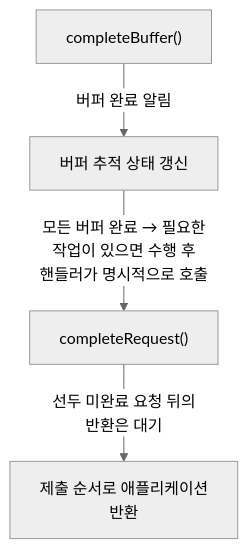
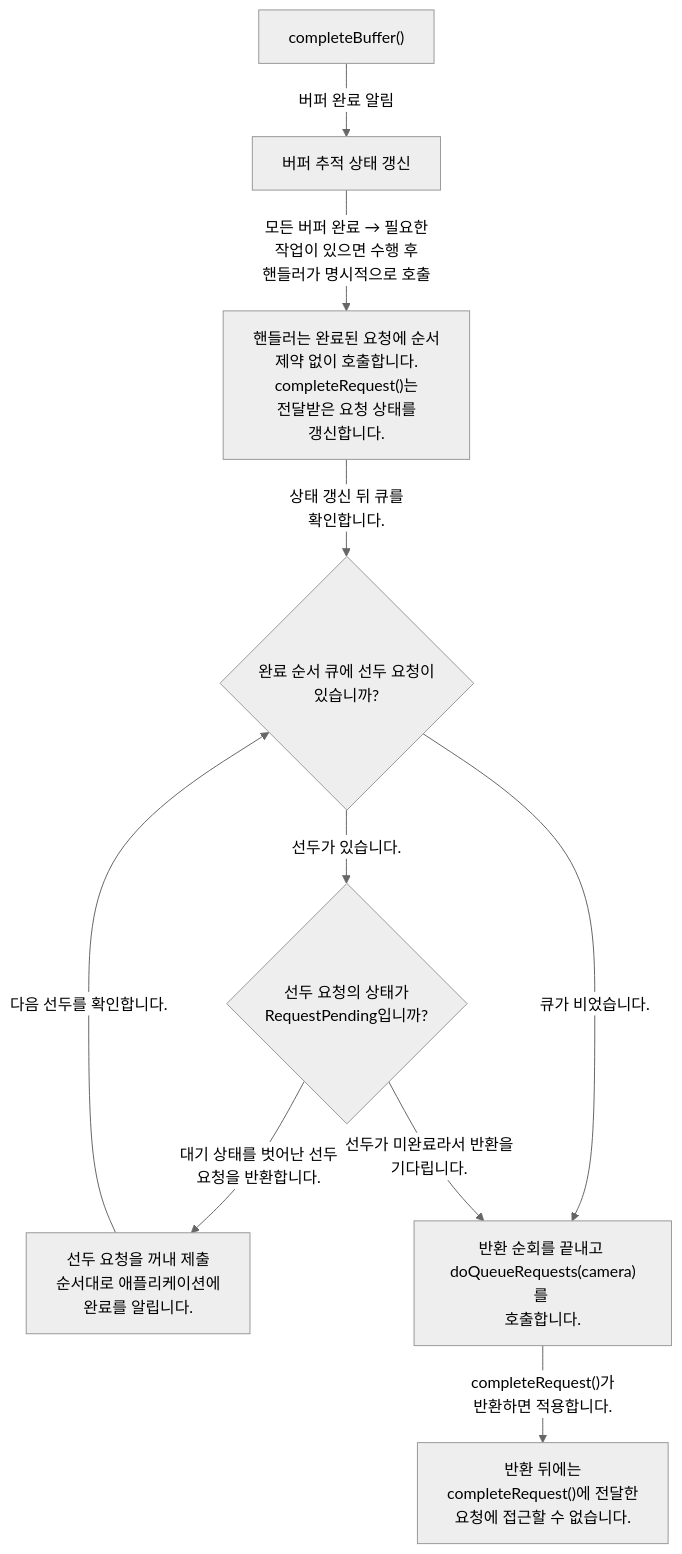
The second of 3 diagrams in docs/pipeline-requests.md (TTolsun/libcamera-sdd), drawn with Mermaid (neutral theme) before and after one commit. The commit also changed other lines of this file and 283 other files, not shown here.

````diff
--- a/docs/pipeline-requests.md
+++ b/docs/pipeline-requests.md
@@ -85,11 +85,21 @@
 ```mermaid
 flowchart TB
-%% sdd:translations {"completeBuffer#40;#41;": "completeBuffer#40;#41;", "completeRequest#40;#41;": "completeRequest#40;#41;", "모든 버퍼 완료 → 필요한 <br/>작업이 있으면 수행 후 <br/>핸들러가 명시적으로 호출": "All buffers complete → <br/>handler performs any <br/>remaining work if needed, <br/>then explicitly calls", "버퍼 완료 알림": "Notify buffer completion", "버퍼 추적 상태 갱신": "Update buffer completion <br/>tracking", "선두 미완료 요청 뒤의 <br/>반환은 대기": "Wait behind an incomplete <br/>head request", "제출 순서로 애플리케이션 <br/>반환": "Return to application in <br/>submission order"}
+%% sdd:translations {"completeBuffer#40;#41;": "completeBuffer#40;#41;", "completeRequest#40;#41;가 <br/>반환하면 적용합니다.": "This applies when <br/>completeRequest#40;#41; returns.", "다음 선두를 확인합니다.": "Check the next queue head.", "대기 상태를 벗어난 선두 <br/>요청을 반환합니다.": "Return the non-pending head <br/>request.", "모든 버퍼 완료 → 필요한 <br/>작업이 있으면 수행 후 <br/>핸들러가 명시적으로 호출": "All buffers complete → <br/>handler performs any <br/>remaining work if needed, <br/>then explicitly calls", "반환 뒤에는 <br/>completeRequest#40;#41;에 전달한 <br/>요청에 접근할 수 없습니다.": "After return, the handler <br/>must no longer access the <br/>request passed to <br/>completeRequest#40;#41;.", "반환 순회를 끝내고 <br/>doQueueRequests#40;camera#41;를 <br/>호출합니다.": "End the return loop and <br/>call <br/>doQueueRequests#40;camera#41;.", "버퍼 완료 알림": "Notify buffer completion", "버퍼 추적 상태 갱신": "Update buffer completion <br/>tracking", "상태 갱신 뒤 큐를 <br/>확인합니다.": "Check the queue after the <br/>status update.", "선두 요청을 꺼내 제출 <br/>순서대로 애플리케이션에 <br/>완료를 알립니다.": "Pop the head and notify the <br/>application in submission <br/>order.", "선두 요청의 상태가 <br/>RequestPending입니까?": "Is the head request still <br/>RequestPending?", "선두가 미완료라서 반환을 <br/>기다립니다.": "A pending head blocks <br/>return from the queue.", "선두가 있습니다.": "The queue has a head <br/>request.", "완료 순서 큐에 선두 요청이 <br/>있습니까?": "Is there a request at the <br/>queue head?", "큐가 비었습니다.": "The queue is empty.", "핸들러는 완료된 요청에 순서 <br/>제약 없이 호출합니다. <br/>completeRequest#40;#41;는 <br/>전달받은 요청 상태를 <br/>갱신합니다.": "Handlers may call <br/>completeRequest#40;#41; on any <br/>completed request in any <br/>order. It updates the <br/>supplied request status."}
   v_buffer["completeBuffer#40;#41;"]
   v_remaining["버퍼 추적 상태 갱신"]
-  v_request["completeRequest#40;#41;"]
-  v_application["제출 순서로 애플리케이션 <br/>반환"]
+  v_request["핸들러는 완료된 요청에 순서 <br/>제약 없이 호출합니다. <br/>completeRequest#40;#41;는 <br/>전달받은 요청 상태를 <br/>갱신합니다."]
+  v_application["선두 요청을 꺼내 제출 <br/>순서대로 애플리케이션에 <br/>완료를 알립니다."]
+  v_access-ends["반환 뒤에는 <br/>completeRequest#40;#41;에 전달한 <br/>요청에 접근할 수 없습니다."]
+  v_head{"완료 순서 큐에 선두 요청이 <br/>있습니까?"}
+  v_pending{"선두 요청의 상태가 <br/>RequestPending입니까?"}
+  v_dispatch["반환 순회를 끝내고 <br/>doQueueRequests#40;camera#41;를 <br/>호출합니다."]
   v_buffer -->|"버퍼 완료 알림"| v_remaining
   v_remaining -->|"모든 버퍼 완료 → 필요한 <br/>작업이 있으면 수행 후 <br/>핸들러가 명시적으로 호출"| v_request
-  v_request -->|"선두 미완료 요청 뒤의 <br/>반환은 대기"| v_application
+  v_request -->|"상태 갱신 뒤 큐를 <br/>확인합니다."| v_head
+  v_head -->|"선두가 있습니다."| v_pending
+  v_head -->|"큐가 비었습니다."| v_dispatch
+  v_pending -->|"선두가 미완료라서 반환을 <br/>기다립니다."| v_dispatch
+  v_pending -->|"대기 상태를 벗어난 선두 <br/>요청을 반환합니다."| v_application
+  v_application -->|"다음 선두를 확인합니다."| v_head
+  v_dispatch -->|"completeRequest#40;#41;가 <br/>반환하면 적용합니다."| v_access-ends
 ```
````
